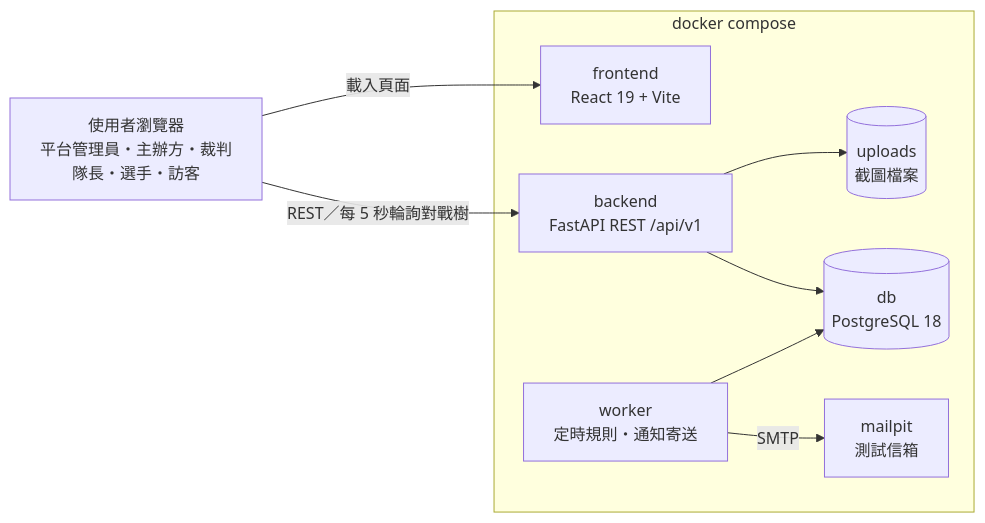
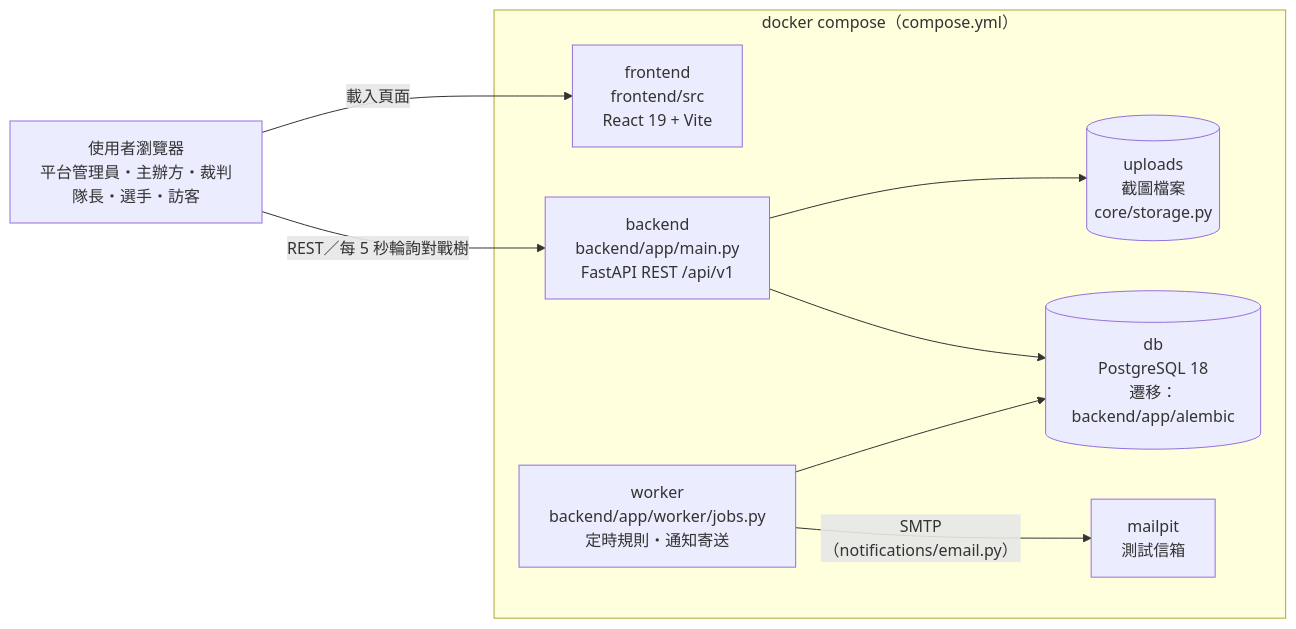
Before and after one commit to Team14good/esport-platform: the first of 6 diagrams in docs/midterm/C-軟體設計文件.md, drawn with Mermaid. The commit also changed other lines of this file and 15 other files, not shown here.

First line of the commit message:
docs: 圖上標註對應的程式檔、函式與使用案例編號 (#91)

````diff
--- a/docs/midterm/C-軟體設計文件.md
+++ b/docs/midterm/C-軟體設計文件.md
@@ -44,18 +45,18 @@
 ```mermaid
 flowchart LR
   user["使用者瀏覽器<br/>平台管理員・主辦方・裁判<br/>隊長・選手・訪客"]
-  subgraph compose["docker compose"]
-    fe["frontend<br/>React 19 + Vite"]
-    be["backend<br/>FastAPI REST /api/v1"]
-    wk["worker<br/>定時規則・通知寄送"]
-    db[("db<br/>PostgreSQL 18")]
-    up[("uploads<br/>截圖檔案")]
+  subgraph compose["docker compose（compose.yml）"]
+    fe["frontend<br/>frontend/src<br/>React 19 + Vite"]
+    be["backend<br/>backend/app/main.py<br/>FastAPI REST /api/v1"]
+    wk["worker<br/>backend/app/worker/jobs.py<br/>定時規則・通知寄送"]
+    db[("db<br/>PostgreSQL 18<br/>遷移：backend/app/alembic")]
+    up[("uploads<br/>截圖檔案<br/>core/storage.py")]
     mp["mailpit<br/>測試信箱"]
   end
   user -->|載入頁面| fe
   user -->|"REST／每 5 秒輪詢對戰樹"| be
   be --> up
   be --> db
   wk --> db
-  wk -->|SMTP| mp
+  wk -->|"SMTP（notifications/email.py）"| mp
 ```
````
